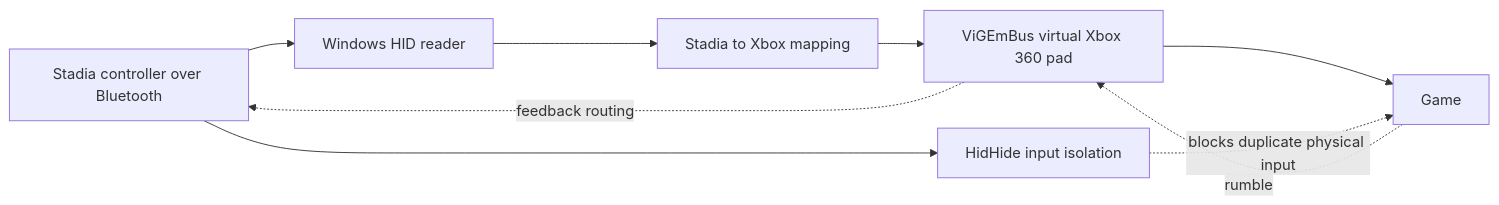
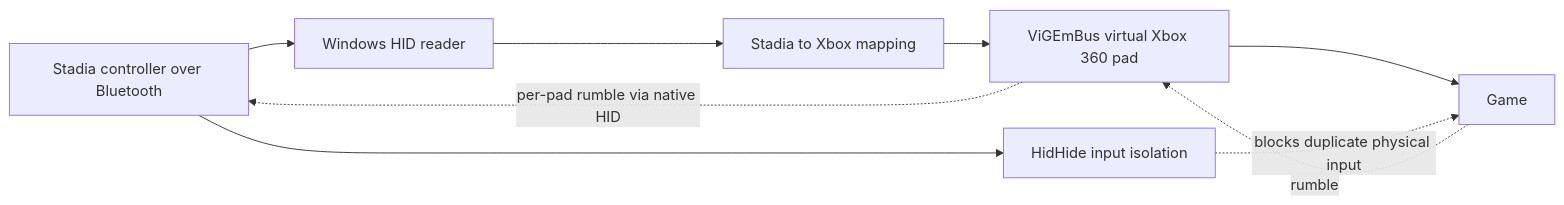
Before and after one commit to jkid92/Stadia-XYZ: the diagram in README.md, drawn with Mermaid. The commit also changed other lines of this file and 4 other files, not shown here.

Commit message:
Route native Windows rumble through Stadia HID

````diff
--- a/README.md
+++ b/README.md
@@ -61,11 +61,11 @@
 ```mermaid
 flowchart LR
     A["Stadia controller over Bluetooth"] --> B["Windows HID reader"]
     B --> C["Stadia to Xbox mapping"]
     C --> D["ViGEmBus virtual Xbox 360 pad"]
     D --> E["Game"]
     F["HidHide input isolation"] -. blocks duplicate physical input .-> E
     A --> F
     E -. rumble .-> D
-    D -. feedback routing .-> A
+    D -. per-pad rumble via native HID .-> A
 ```
````
